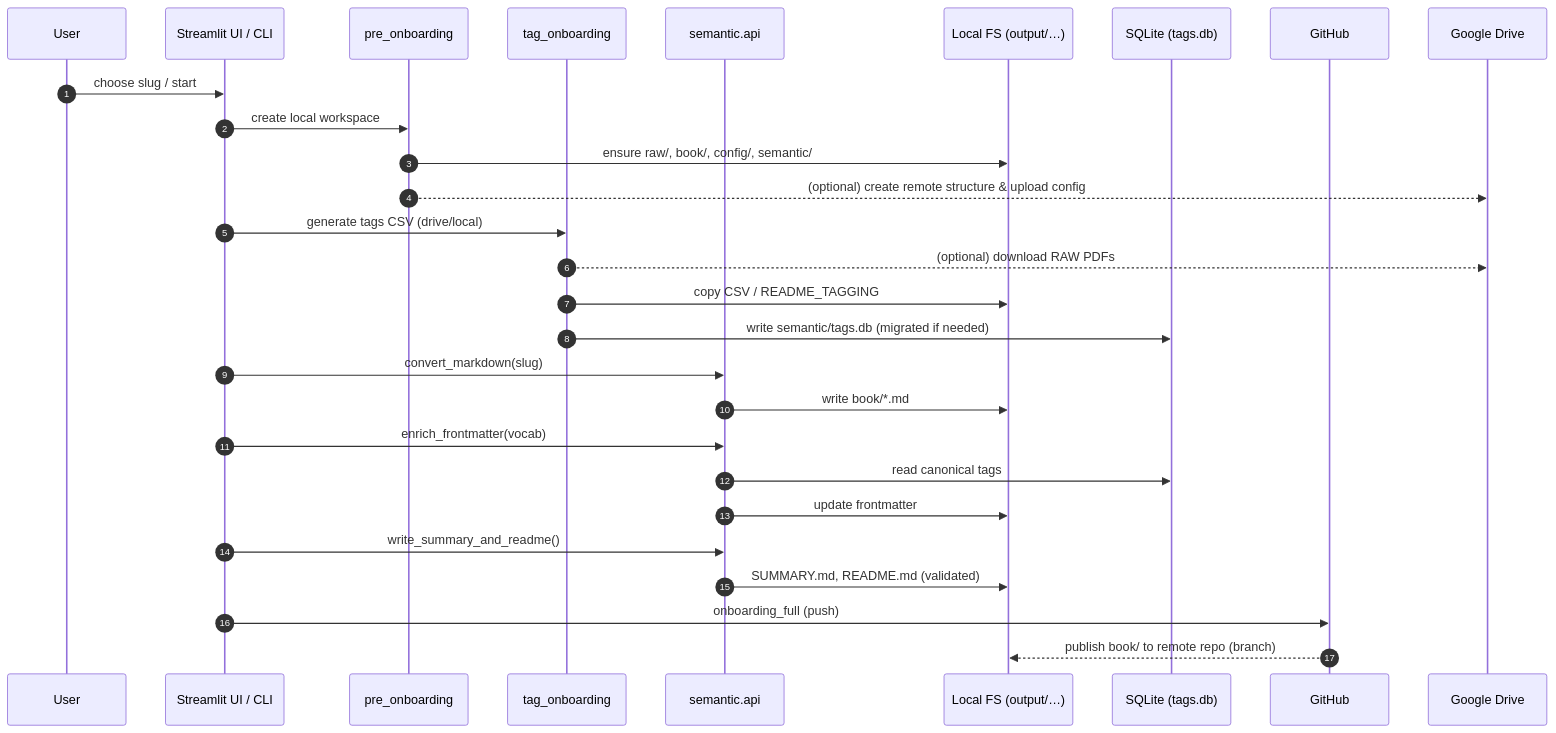
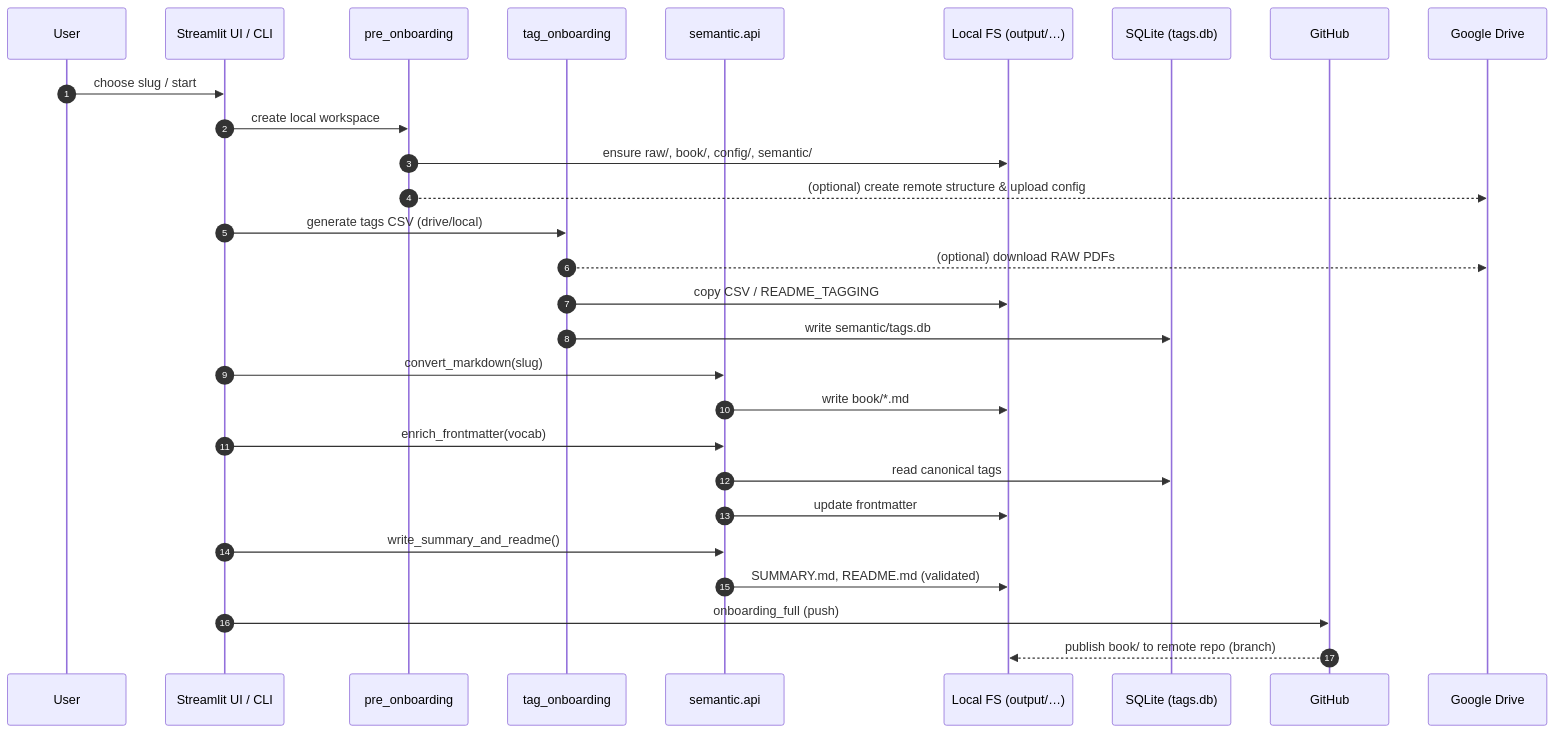
One commit to nextybase/timmy-kb-acme changed the second of 2 diagrams in docs/architecture.md. Above: the diagram before and after it, drawn with Mermaid. The commit also changed 5 other files, not shown here.

````diff
--- a/docs/architecture.md
+++ b/docs/architecture.md
@@ -87,34 +87,34 @@
 ```mermaid
 sequenceDiagram
     autonumber
     participant User
     participant UI as Streamlit UI / CLI
     participant PRE as pre_onboarding
     participant TAG as tag_onboarding
     participant SEM as semantic.api
     participant FS as Local FS (output/…)
     participant DB as SQLite (tags.db)
     participant GH as GitHub
     participant DRV as Google Drive
 
     User->>UI: choose slug / start
     UI->>PRE: create local workspace
     PRE->>FS: ensure raw/, book/, config/, semantic/
     PRE-->>DRV: (optional) create remote structure & upload config
 
     UI->>TAG: generate tags CSV (drive/local)
     TAG-->>DRV: (optional) download RAW PDFs
     TAG->>FS: copy CSV / README_TAGGING
-    TAG->>DB: write semantic/tags.db (migrated if needed)
+    TAG->>DB: write semantic/tags.db
 
     UI->>SEM: convert_markdown(slug)
     SEM->>FS: write book/*.md
     UI->>SEM: enrich_frontmatter(vocab)
     SEM->>DB: read canonical tags
     SEM->>FS: update frontmatter
     UI->>SEM: write_summary_and_readme()
     SEM->>FS: SUMMARY.md, README.md (validated)
 
     UI->>GH: onboarding_full (push)
     GH-->>FS: publish book/ to remote repo (branch)
 ```
````
